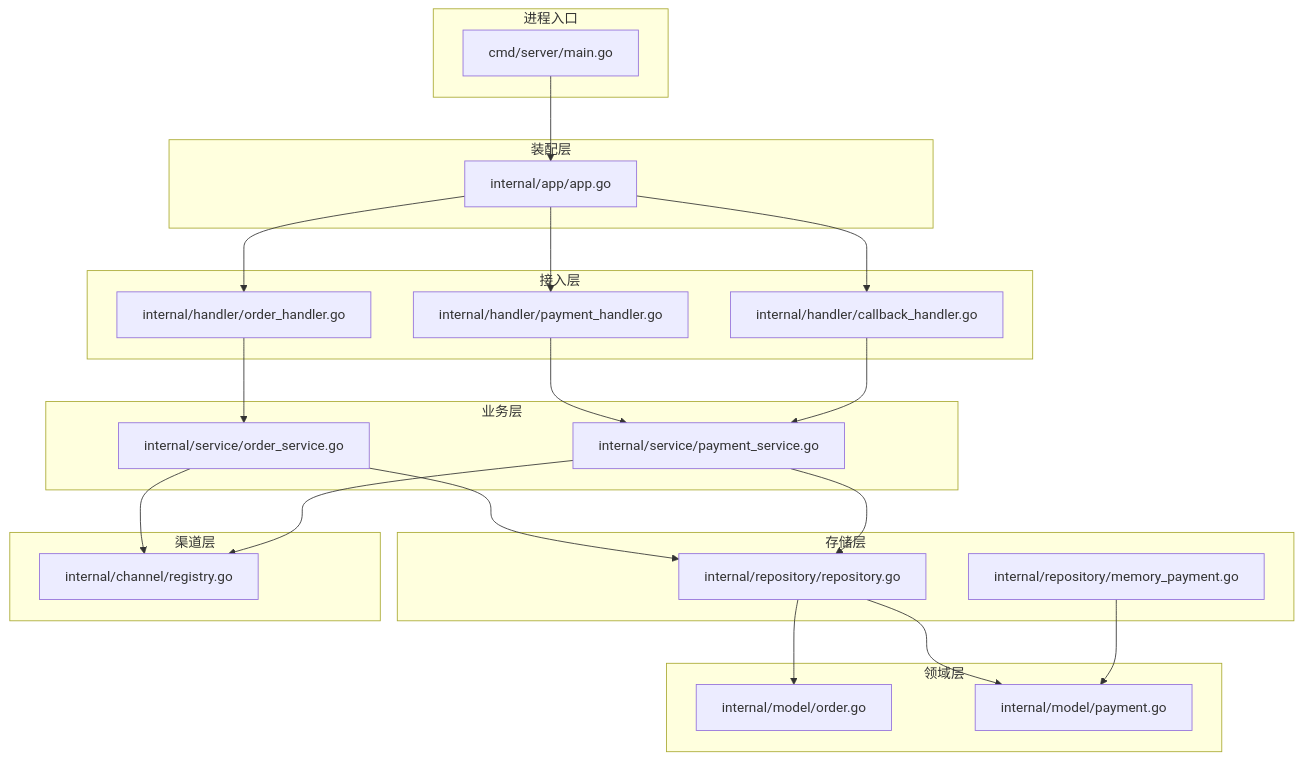
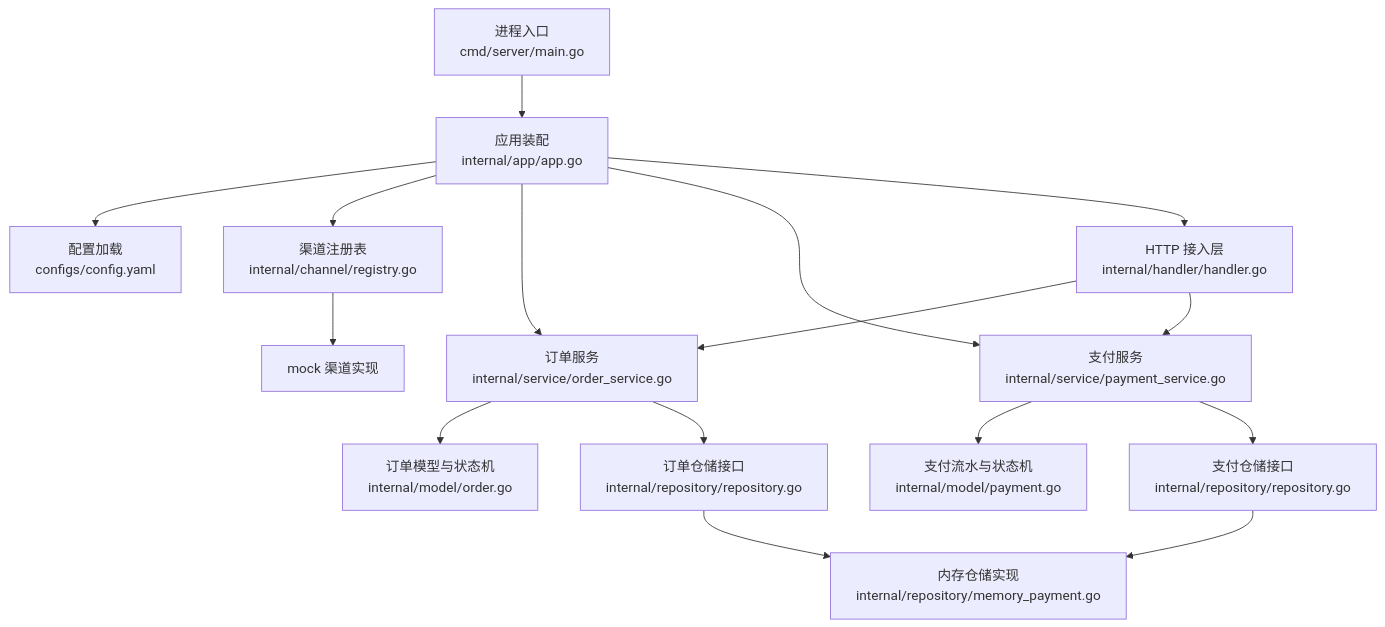
Before and after one commit to gbtdesign/payment: the first of 6 diagrams in .qoder/repowiki/zh/content/项目概述.md, drawn with Mermaid. The commit also changed other lines of this file and 107 other files, not shown here.

````diff
--- a/.qoder/repowiki/zh/content/项目概述.md
+++ b/.qoder/repowiki/zh/content/项目概述.md
@@ -69,43 +46,18 @@
 ```mermaid
 graph TB
-subgraph "进程入口"
-M["cmd/server/main.go"]
-end
-subgraph "装配层"
-A["internal/app/app.go"]
-end
-subgraph "接入层"
-H1["internal/handler/order_handler.go"]
-H2["internal/handler/payment_handler.go"]
-H3["internal/handler/callback_handler.go"]
-end
-subgraph "业务层"
-S1["internal/service/order_service.go"]
-S2["internal/service/payment_service.go"]
-end
-subgraph "领域层"
-O["internal/model/order.go"]
-P["internal/model/payment.go"]
-end
-subgraph "存储层"
-RIF["internal/repository/repository.go"]
-RMEM["internal/repository/memory_payment.go"]
-end
-subgraph "渠道层"
-REG["internal/channel/registry.go"]
-end
-M --> A
-A --> H1
-A --> H2
-A --> H3
-H1 --> S1
-H2 --> S2
-H3 --> S2
-S1 --> RIF
-S2 --> RIF
-S1 --> REG
-S2 --> REG
-RIF --> O
-RIF --> P
-RMEM --> P
+Main["进程入口<br/>cmd/server/main.go"] --> App["应用装配<br/>internal/app/app.go"]
+App --> Config["配置加载<br/>configs/config.yaml"]
+App --> Registry["渠道注册表<br/>internal/channel/registry.go"]
+App --> OrderSvc["订单服务<br/>internal/service/order_service.go"]
+App --> PaymentSvc["支付服务<br/>internal/service/payment_service.go"]
+App --> Handler["HTTP 接入层<br/>internal/handler/handler.go"]
+Handler --> OrderSvc
+Handler --> PaymentSvc
+OrderSvc --> ModelOrder["订单模型与状态机<br/>internal/model/order.go"]
+PaymentSvc --> ModelPayment["支付流水与状态机<br/>internal/model/payment.go"]
+OrderSvc --> RepoOrder["订单仓储接口<br/>internal/repository/repository.go"]
+PaymentSvc --> RepoPayment["支付仓储接口<br/>internal/repository/repository.go"]
+RepoOrder --> MemRepo["内存仓储实现<br/>internal/repository/memory_payment.go"]
+RepoPayment --> MemRepo
+Registry --> ChannelMock["mock 渠道实现"]
 ```
````
